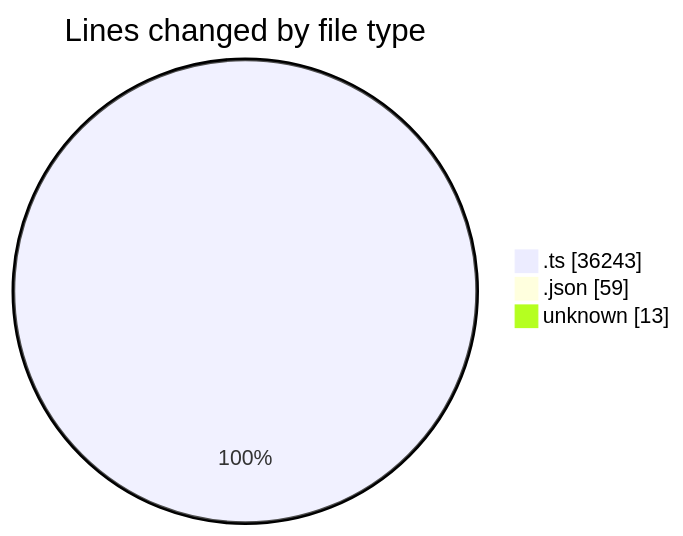
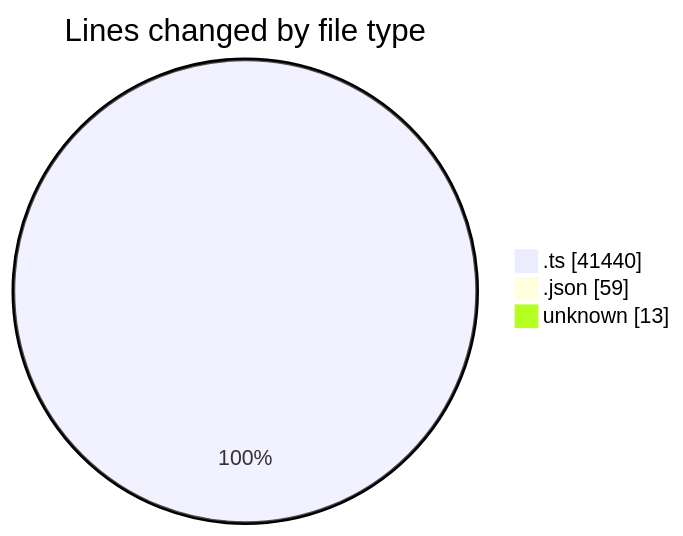
Before and after one commit to momahboobian/code-tracking: the first of 2 diagrams in 2025-09-09/cda/README.md, drawn with Mermaid. The commit also changed other lines of this file and 1 other file, not shown here.

````diff
--- a/2025-09-09/cda/README.md
+++ b/2025-09-09/cda/README.md
@@ -114,7 +116,7 @@
 ```mermaid
 pie showData
 title Lines changed by file type
-".ts" : 36243
+".ts" : 41440
 ".json" : 59
 "unknown" : 13
 ```
````
